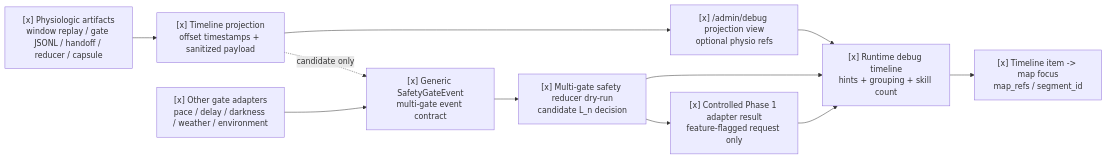
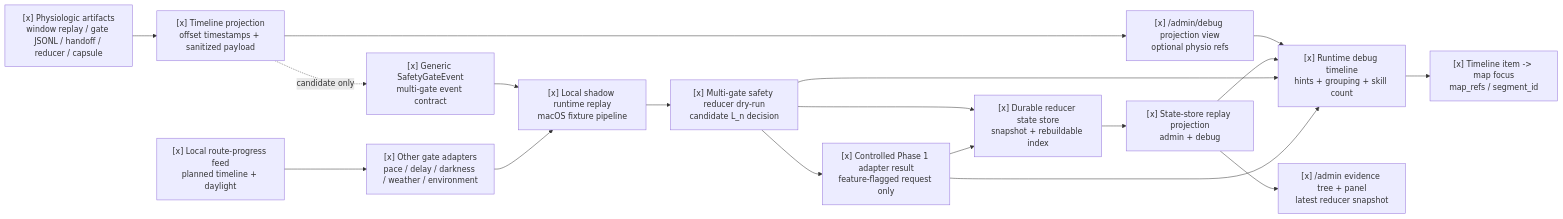
Before and after one commit to alexwang0315/Scout: the second of 3 diagrams in docs/specs/scout-runtime-physiologic-gate.md, drawn with Mermaid. The commit also changed other lines of this file and 19 other files, not shown here.

Commit message:
feat: add runtime safety replay pipeline

````diff
--- a/docs/specs/scout-runtime-physiologic-gate.md
+++ b/docs/specs/scout-runtime-physiologic-gate.md
@@ -147,20 +147,32 @@
 ```mermaid
 flowchart LR
   Artifacts["[x] Physiologic artifacts<br/>window replay / gate JSONL / handoff / reducer / capsule"]
   Projection["[x] Timeline projection<br/>offset timestamps + sanitized payload"]
   DebugView["[x] /admin/debug projection view<br/>optional physio refs"]
   TimelineUI["[x] Runtime debug timeline<br/>hints + grouping + skill count"]
   MapFocus["[x] Timeline item -> map focus<br/>map_refs / segment_id"]
   GenericEvent["[x] Generic SafetyGateEvent<br/>multi-gate event contract"]
   Adapters["[x] Other gate adapters<br/>pace / delay / darkness / weather / environment"]
+  RouteFeed["[x] Local route-progress feed<br/>planned timeline + daylight"]
+  ShadowReplay["[x] Local shadow runtime replay<br/>macOS fixture pipeline"]
   SafetyReducer["[x] Multi-gate safety reducer dry-run<br/>candidate L_n decision"]
+  StateStore["[x] Durable reducer state store<br/>snapshot + rebuildable index"]
+  StoreProjection["[x] State-store replay projection<br/>admin + debug"]
+  AdminUI["[x] /admin evidence tree + panel<br/>latest reducer snapshot"]
   Phase1Adapter["[x] Controlled Phase 1 adapter result<br/>feature-flagged request only"]
 
   Artifacts --> Projection --> DebugView --> TimelineUI --> MapFocus
   Projection -. candidate only .-> GenericEvent
-  GenericEvent --> SafetyReducer
-  Adapters --> GenericEvent
+  GenericEvent --> ShadowReplay
+  RouteFeed --> Adapters
+  Adapters --> ShadowReplay
+  ShadowReplay --> SafetyReducer
+  SafetyReducer --> StateStore
+  StateStore --> StoreProjection
+  StoreProjection --> TimelineUI
+  StoreProjection --> AdminUI
   SafetyReducer --> Phase1Adapter
+  Phase1Adapter --> StateStore
   SafetyReducer --> TimelineUI
   Phase1Adapter --> TimelineUI
 ```
````
